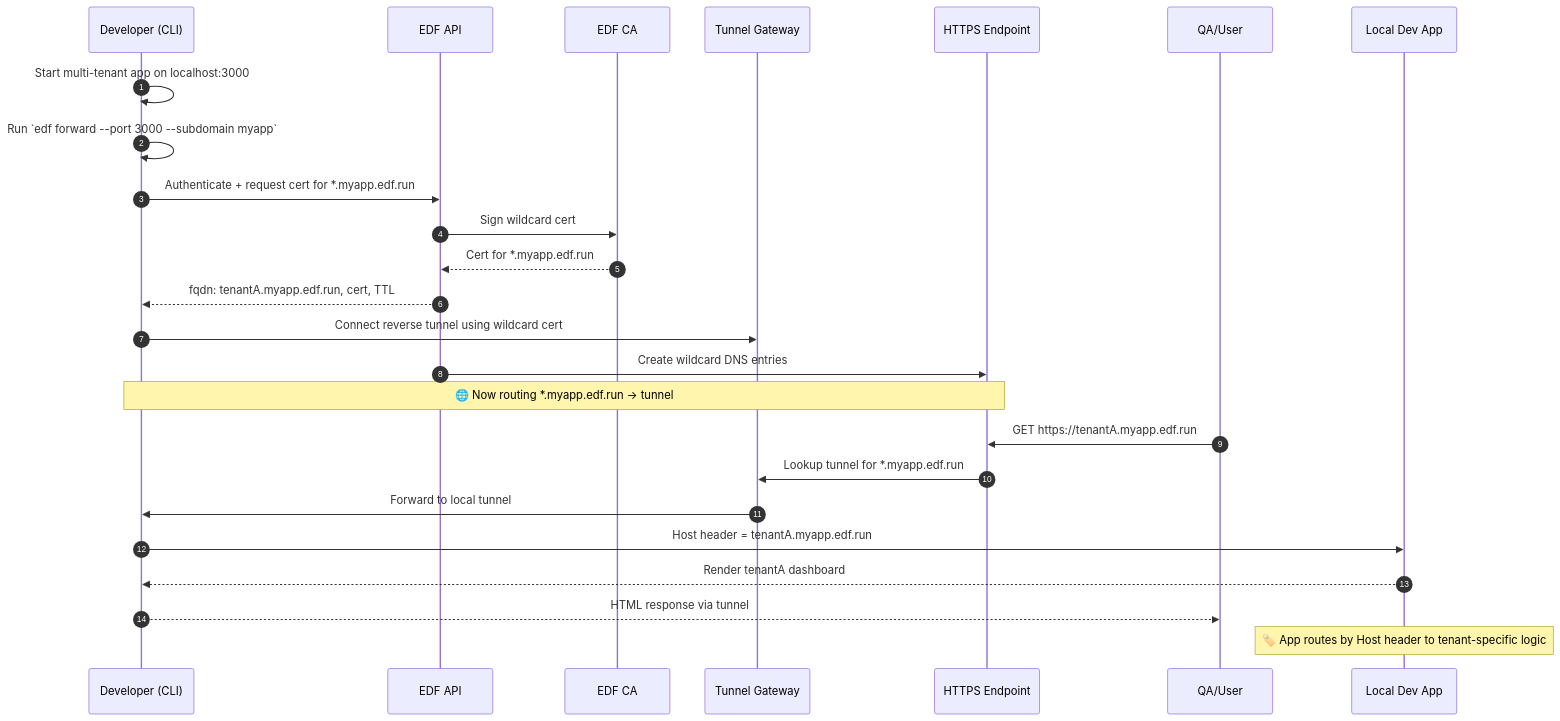
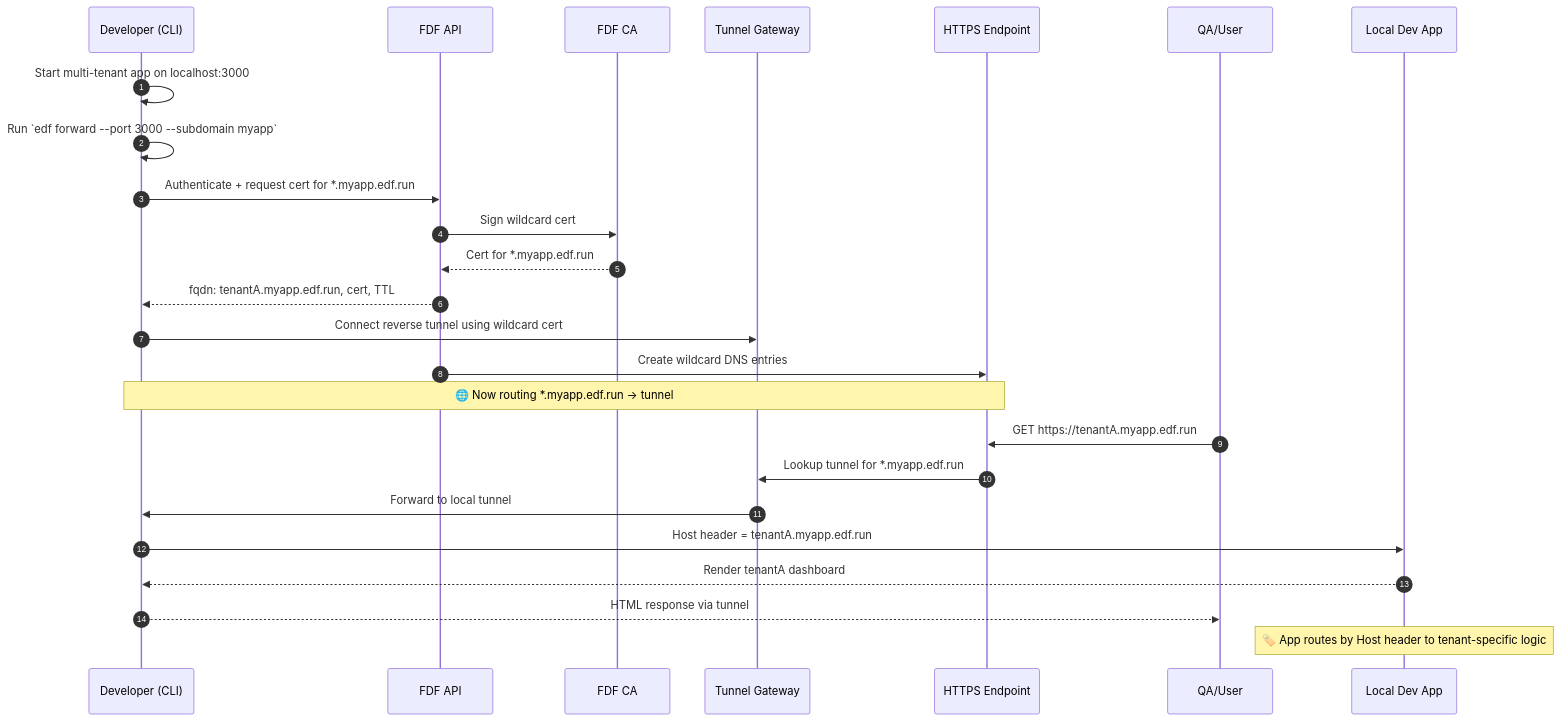
One commit to microscaler/fleetingdns changed the third of 3 diagrams in README.md. Above: the diagram before and after it, drawn with Mermaid. The commit also changed other lines of this file and 11 other files, not shown here.

````diff
--- a/README.md
+++ b/README.md
@@ -159,31 +159,31 @@
 ```mermaid
 sequenceDiagram
   autonumber
   participant Dev as Developer (CLI)
-  participant API as EDF API
-  participant CA as EDF CA
+  participant API as FDF API
+  participant CA as FDF CA
   participant Hub as Tunnel Gateway
   participant Edge as HTTPS Endpoint
   participant Browser as QA/User
   participant App as Local Dev App
 
   Dev->>Dev: Start multi-tenant app on localhost:3000
   Dev->>Dev: Run `edf forward --port 3000 --subdomain myapp`
   Dev->>API: Authenticate + request cert for *.myapp.edf.run
   API->>CA: Sign wildcard cert
   CA-->>API: Cert for *.myapp.edf.run
   API-->>Dev: fqdn: tenantA.myapp.edf.run, cert, TTL
   Dev->>Hub: Connect reverse tunnel using wildcard cert
   API->>Edge: Create wildcard DNS entries
 
   Note over Dev,Edge: 🌐 Now routing *.myapp.edf.run → tunnel
 
   Browser->>Edge: GET https://tenantA.myapp.edf.run
   Edge->>Hub: Lookup tunnel for *.myapp.edf.run
   Hub->>Dev: Forward to local tunnel
   Dev->>App: Host header = tenantA.myapp.edf.run
   App-->>Dev: Render tenantA dashboard
   Dev-->>Browser: HTML response via tunnel
 
   Note over App: 🏷️ App routes by Host header to tenant-specific logic
 ```
````
